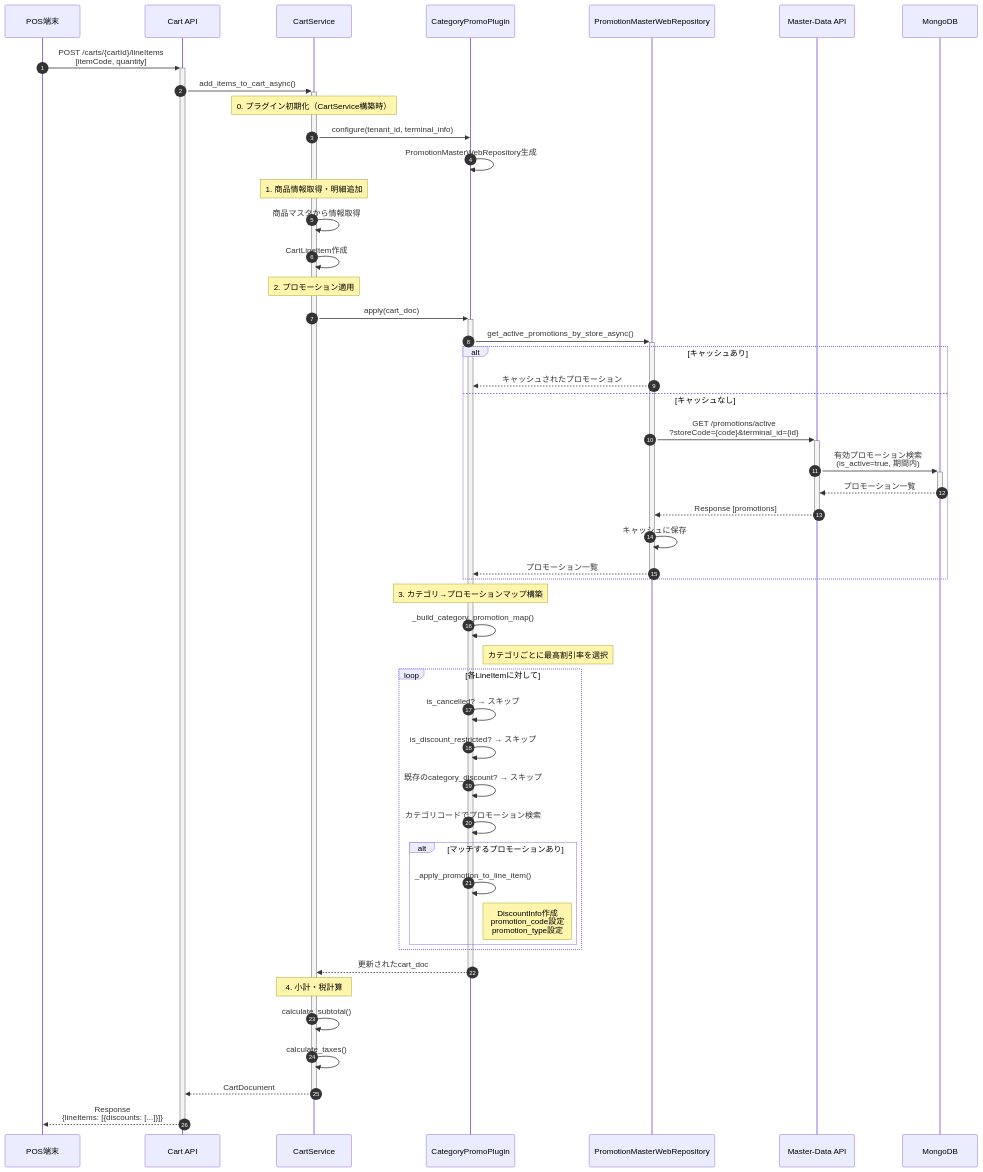
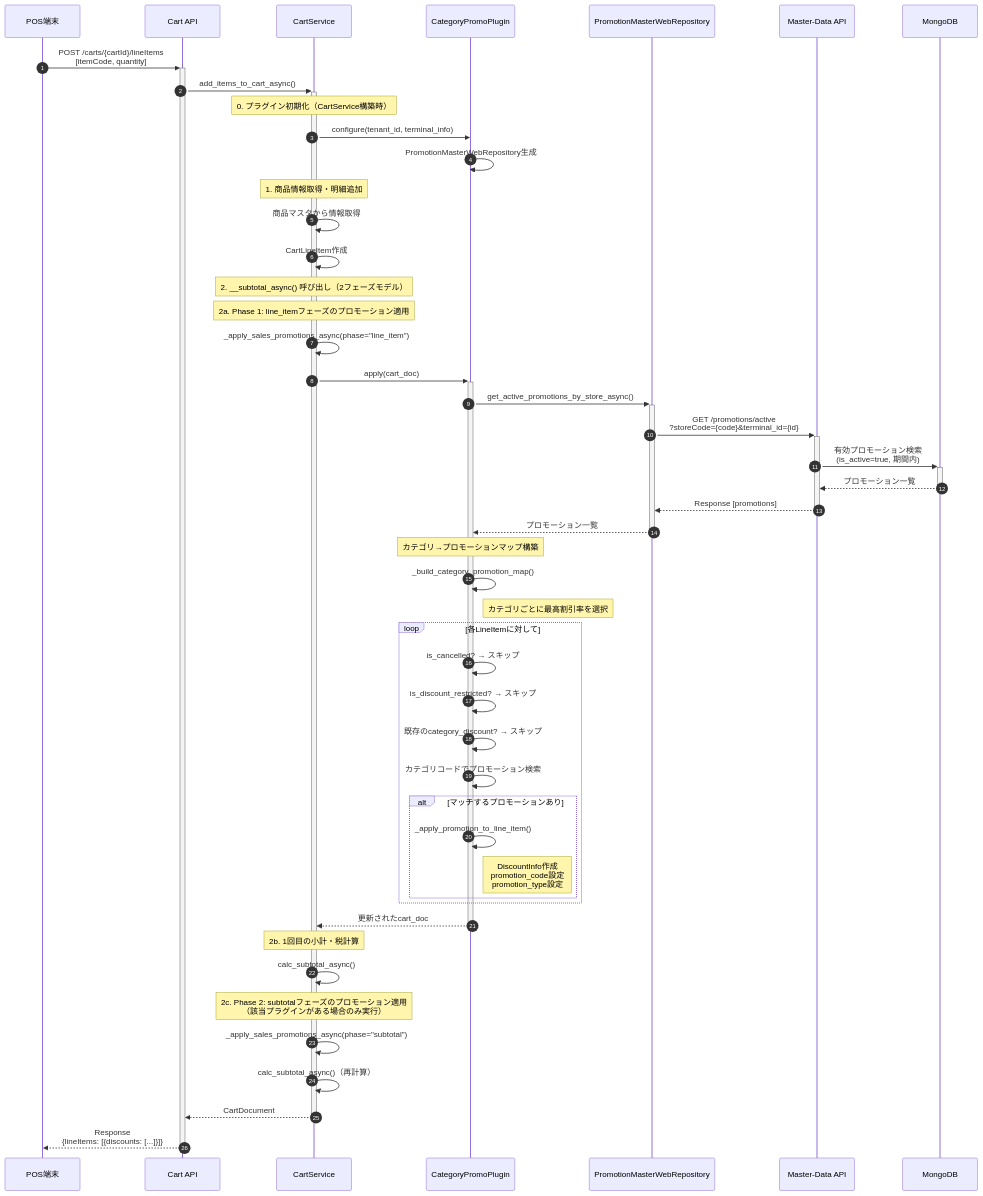
The second of 8 diagrams in specs/1-category-promo/architecture-diagrams.md (kugel-masa/kugelpos-backend), drawn with Mermaid before and after one commit. The commit also changed other lines of this file and 7 other files, not shown here.

First line of the commit message:
feat: Add execution phase to sales promotion plugin architecture

````diff
--- a/specs/1-category-promo/architecture-diagrams.md
+++ b/specs/1-category-promo/architecture-diagrams.md
@@ -42,63 +42,63 @@
 ```mermaid
 sequenceDiagram
     autonumber
     participant POS as POS端末
     participant CartAPI as Cart API
     participant CartSvc as CartService
     participant Plugin as CategoryPromoPlugin
     participant PromoRepo as PromotionMasterWebRepository
     participant MasterAPI as Master-Data API
     participant MongoDB as MongoDB
 
     POS->>+CartAPI: POST /carts/{cartId}/lineItems<br/>[itemCode, quantity]
     CartAPI->>+CartSvc: add_items_to_cart_async()
 
     Note over CartSvc: 0. プラグイン初期化（CartService構築時）
     CartSvc->>Plugin: configure(tenant_id, terminal_info)
     Plugin->>Plugin: PromotionMasterWebRepository生成
 
     Note over CartSvc: 1. 商品情報取得・明細追加
     CartSvc->>CartSvc: 商品マスタから情報取得
     CartSvc->>CartSvc: CartLineItem作成
 
-    Note over CartSvc: 2. プロモーション適用
+    Note over CartSvc: 2. __subtotal_async() 呼び出し（2フェーズモデル）
+
+    Note over CartSvc: 2a. Phase 1: line_itemフェーズのプロモーション適用
+    CartSvc->>CartSvc: _apply_sales_promotions_async(phase="line_item")
     CartSvc->>+Plugin: apply(cart_doc)
 
     Plugin->>+PromoRepo: get_active_promotions_by_store_async()
+    PromoRepo->>+MasterAPI: GET /promotions/active<br/>?storeCode={code}&terminal_id={id}
+    MasterAPI->>+MongoDB: 有効プロモーション検索<br/>(is_active=true, 期間内)
+    MongoDB-->>-MasterAPI: プロモーション一覧
+    MasterAPI-->>-PromoRepo: Response [promotions]
+    PromoRepo-->>-Plugin: プロモーション一覧
 
-    alt キャッシュあり
-        PromoRepo-->>Plugin: キャッシュされたプロモーション
-    else キャッシュなし
-        PromoRepo->>+MasterAPI: GET /promotions/active<br/>?storeCode={code}&terminal_id={id}
-        MasterAPI->>+MongoDB: 有効プロモーション検索<br/>(is_active=true, 期間内)
-        MongoDB-->>-MasterAPI: プロモーション一覧
-        MasterAPI-->>-PromoRepo: Response [promotions]
-        PromoRepo->>PromoRepo: キャッシュに保存
-        PromoRepo-->>-Plugin: プロモーション一覧
-    end
-
-    Note over Plugin: 3. カテゴリ→プロモーションマップ構築
+    Note over Plugin: カテゴリ→プロモーションマップ構築
     Plugin->>Plugin: _build_category_promotion_map()
     Note right of Plugin: カテゴリごとに最高割引率を選択
 
     loop 各LineItemに対して
         Plugin->>Plugin: is_cancelled? → スキップ
         Plugin->>Plugin: is_discount_restricted? → スキップ
         Plugin->>Plugin: 既存のcategory_discount? → スキップ
         Plugin->>Plugin: カテゴリコードでプロモーション検索
 
         alt マッチするプロモーションあり
             Plugin->>Plugin: _apply_promotion_to_line_item()
             Note right of Plugin: DiscountInfo作成<br/>promotion_code設定<br/>promotion_type設定
         end
     end
 
     Plugin-->>-CartSvc: 更新されたcart_doc
 
-    Note over CartSvc: 4. 小計・税計算
-    CartSvc->>CartSvc: calculate_subtotal()
-    CartSvc->>CartSvc: calculate_taxes()
+    Note over CartSvc: 2b. 1回目の小計・税計算
+    CartSvc->>CartSvc: calc_subtotal_async()
+
+    Note over CartSvc: 2c. Phase 2: subtotalフェーズのプロモーション適用<br/>（該当プラグインがある場合のみ実行）
+    CartSvc->>CartSvc: _apply_sales_promotions_async(phase="subtotal")
+    CartSvc->>CartSvc: calc_subtotal_async()（再計算）
 
     CartSvc-->>-CartAPI: CartDocument
     CartAPI-->>-POS: Response<br/>{lineItems: [{discounts: [...]}]}
 ```
````
